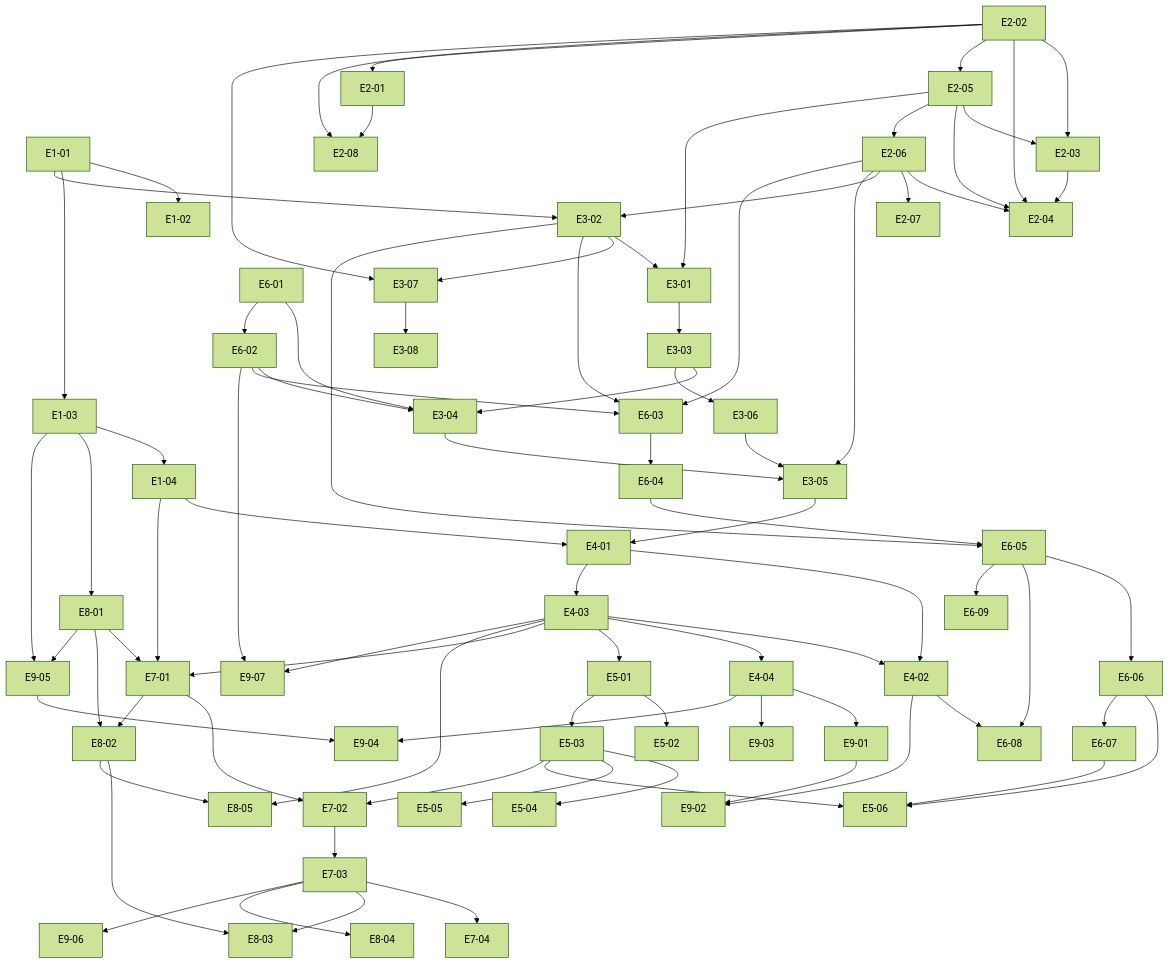
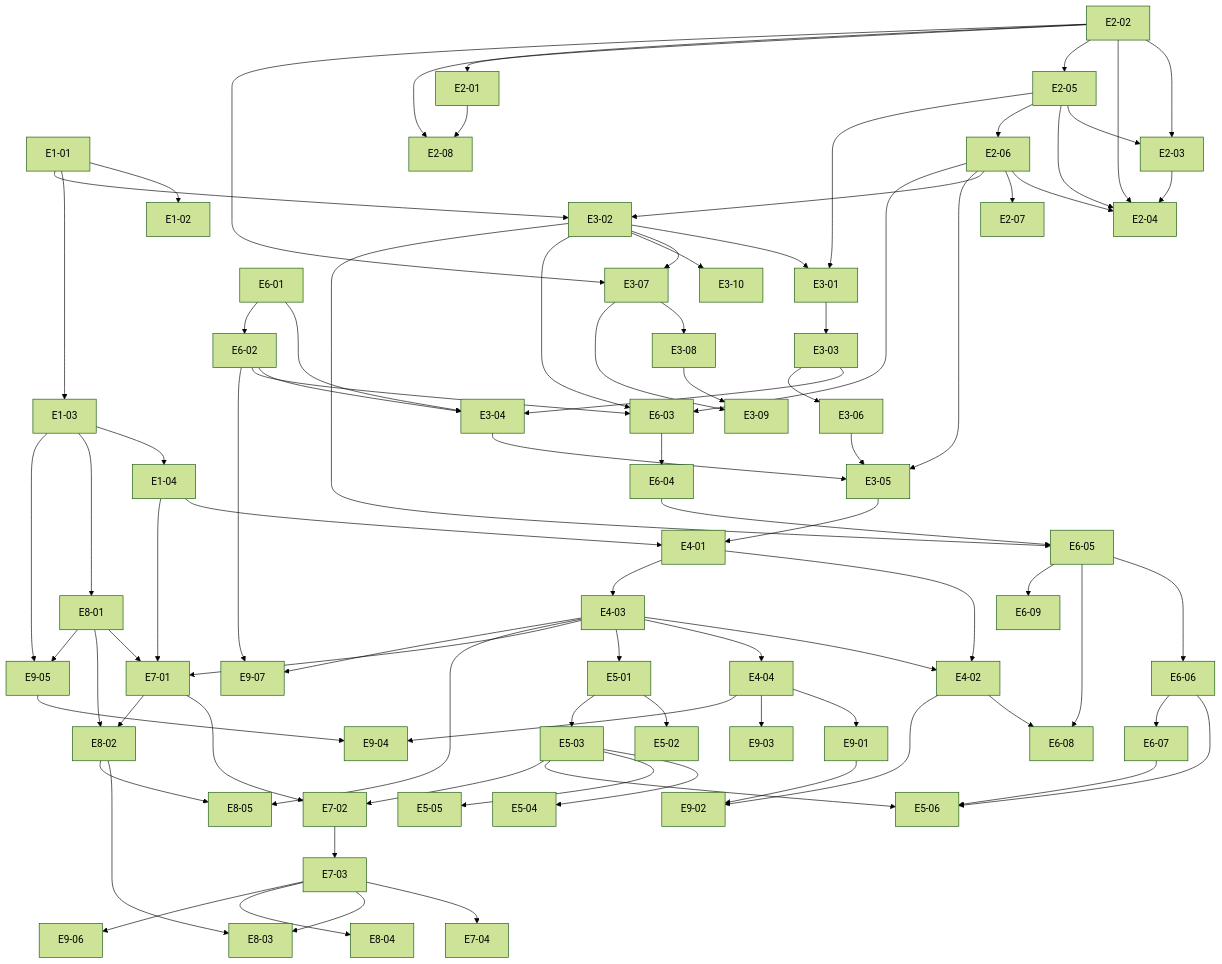
One commit to bacsystem/learning changed the second of 2 diagrams in docs/stories/serums-ia/README.md. Above: the diagram before and after it, drawn with Mermaid (forest theme). The commit also changed other lines of this file and 6 other files, not shown here.

```diff
--- a/docs/stories/serums-ia/README.md
+++ b/docs/stories/serums-ia/README.md
@@ -73,6 +73,9 @@
   E3-02 --> E3-07
   E2-02 --> E3-07
   E3-07 --> E3-08
+  E3-07 --> E3-09
+  E3-08 --> E3-09
+  E3-02 --> E3-10
   E3-05 --> E4-01
   E1-04 --> E4-01
   E4-01 --> E4-02
```
